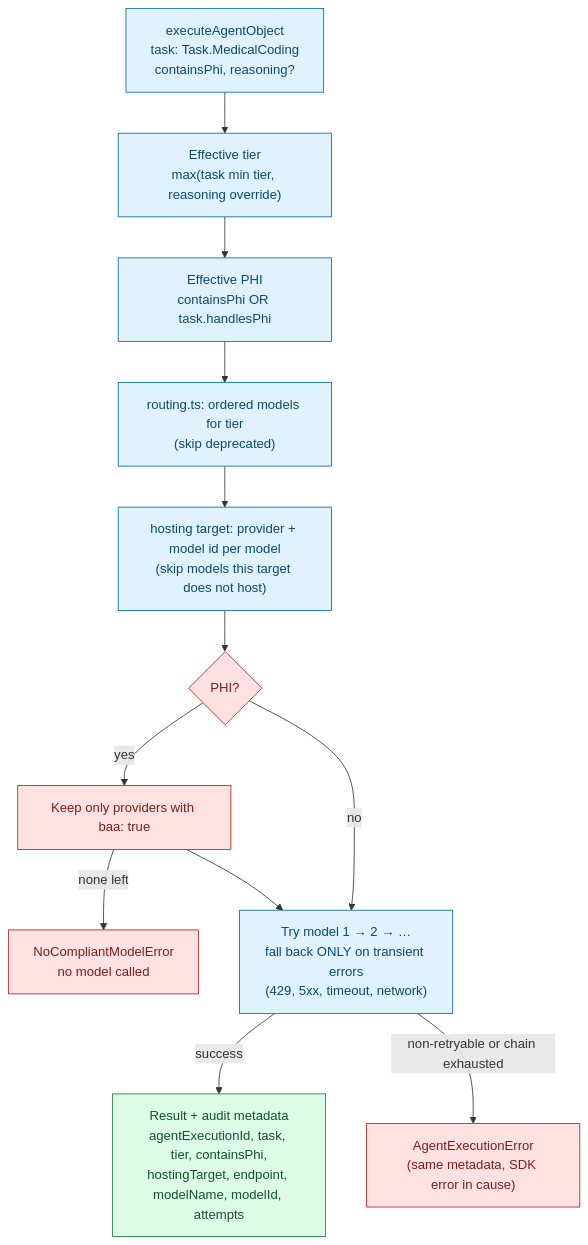
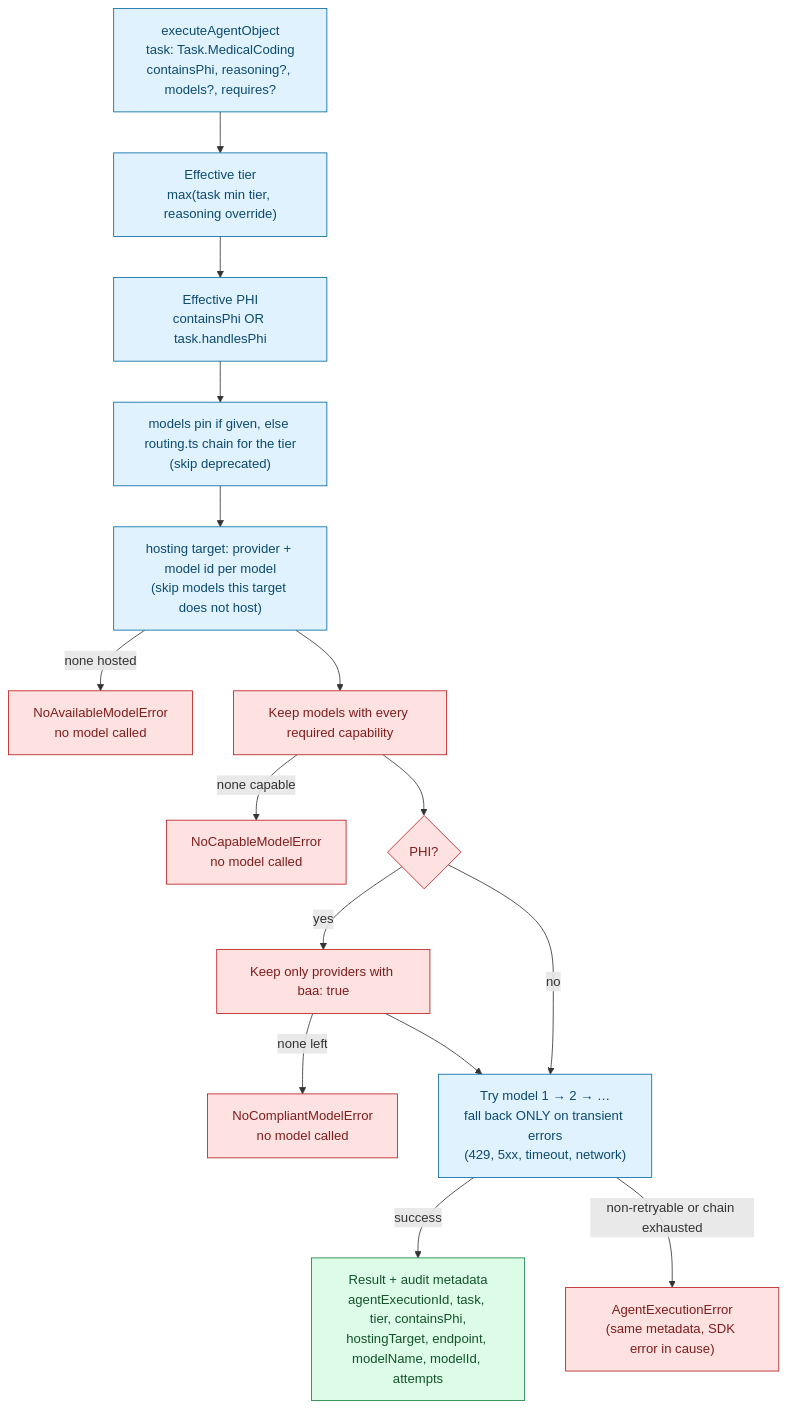
Before and after one commit to imRahul05/ASC-EHR: the third of 4 diagrams in packages/agents/README.md, drawn with Mermaid. The commit also changed other lines of this file and 34 other files, not shown here.

First line of the commit message:
feat(agents): agent definition layer, model capabilities, per-agent model pins

````diff
--- a/packages/agents/README.md
+++ b/packages/agents/README.md
@@ -92,26 +158,33 @@
 ```mermaid
 flowchart TD
     classDef step fill:#e0f2fe,stroke:#0369a1,color:#0c4a6e
     classDef gate fill:#fee2e2,stroke:#b91c1c,color:#7f1d1d
     classDef ok fill:#dcfce7,stroke:#15803d,color:#14532d
 
-    A["executeAgentObject<br/>task: Task.MedicalCoding<br/>containsPhi, reasoning?"]:::step
+    A["executeAgentObject<br/>task: Task.MedicalCoding<br/>containsPhi, reasoning?, models?, requires?"]:::step
     B["Effective tier<br/>max(task min tier, reasoning override)"]:::step
     C["Effective PHI<br/>containsPhi OR task.handlesPhi"]:::step
-    D["routing.ts: ordered models for tier<br/>(skip deprecated)"]:::step
+    D["models pin if given, else routing.ts chain for the tier<br/>(skip deprecated)"]:::step
     E["hosting target: provider + model id per model<br/>(skip models this target does not host)"]:::step
+    NA["NoAvailableModelError<br/>no model called"]:::gate
+    K["Keep models with every required capability"]:::gate
+    NK["NoCapableModelError<br/>no model called"]:::gate
     F{"PHI?"}:::gate
     G["Keep only providers with baa: true"]:::gate
     X["NoCompliantModelError<br/>no model called"]:::gate
     L["Try model 1 → 2 → …<br/>fall back ONLY on transient errors<br/>(429, 5xx, timeout, network)"]:::step
     OK["Result + audit metadata<br/>agentExecutionId, task, tier, containsPhi,<br/>hostingTarget, endpoint, modelName, modelId, attempts"]:::ok
     ERR["AgentExecutionError<br/>(same metadata, SDK error in cause)"]:::gate
 
-    A --> B --> C --> D --> E --> F
+    A --> B --> C --> D --> E
+    E -->|none hosted| NA
+    E --> K
+    K -->|none capable| NK
+    K --> F
     F -->|yes| G
     F -->|no| L
     G -->|none left| X
     G --> L
     L -->|success| OK
     L -->|non-retryable or chain exhausted| ERR
 ```
````
